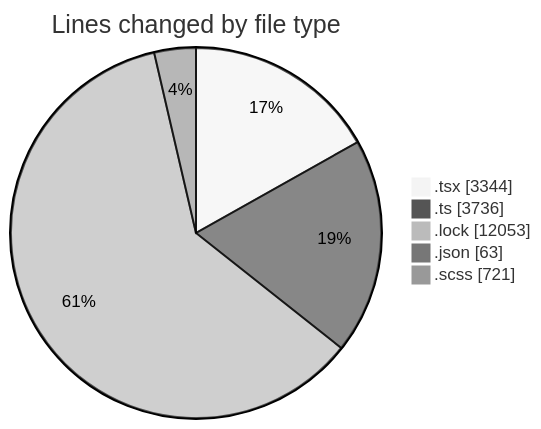
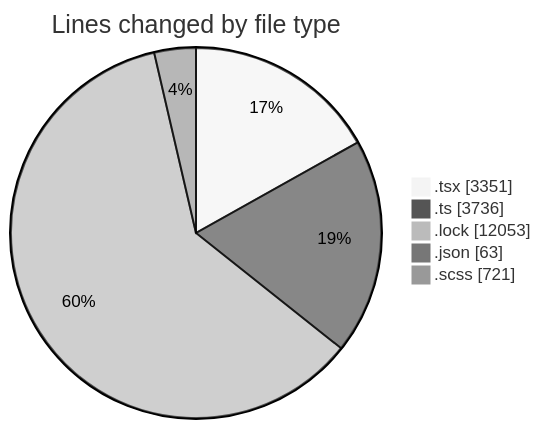
One commit to momahboobian/code-tracking changed the first of 2 diagrams in 2025-12-03/cda/README.md. Above: the diagram before and after it, drawn with Mermaid (neutral theme). The commit also changed other lines of this file and 1 other file, not shown here.

````diff
--- a/2025-12-03/cda/README.md
+++ b/2025-12-03/cda/README.md
@@ -32,9 +32,9 @@
 ```mermaid
 pie showData
 title Lines changed by file type
-".tsx" : 3344
+".tsx" : 3351
 ".ts" : 3736
 ".lock" : 12053
 ".json" : 63
 ".scss" : 721
 ```
````
